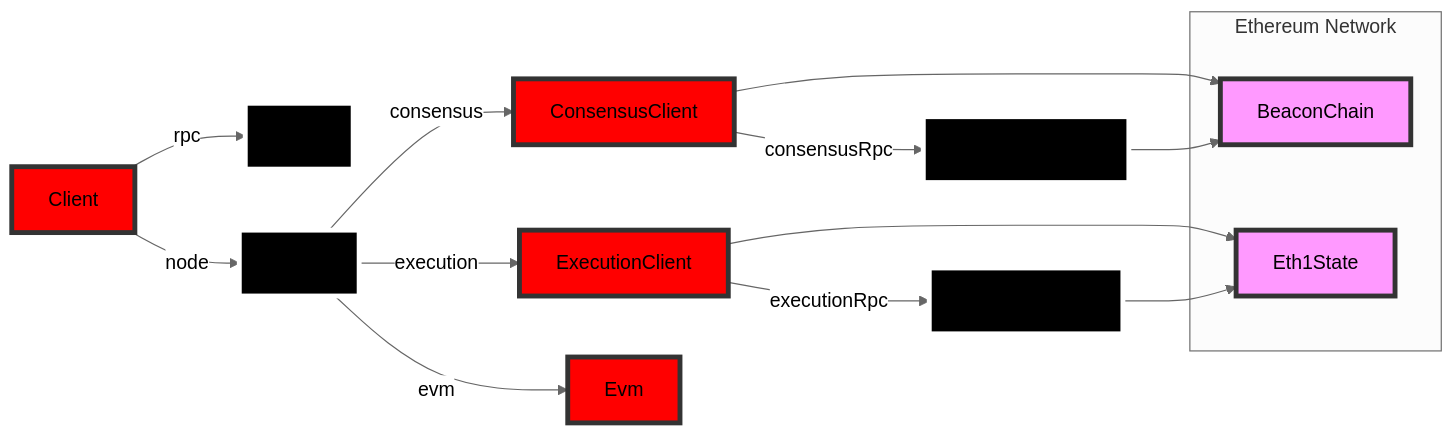
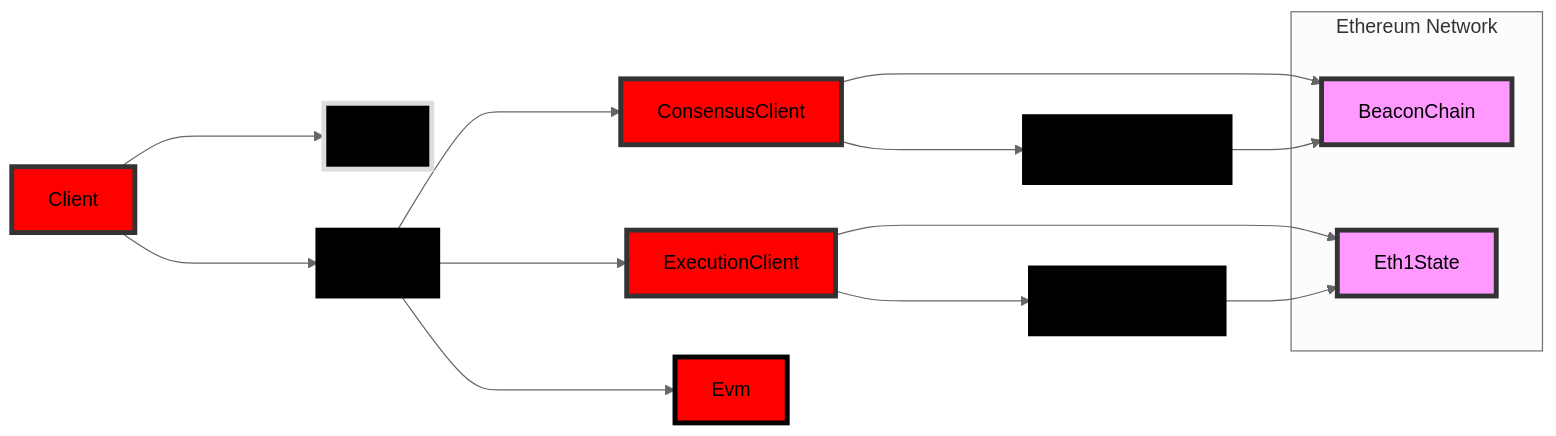
The diagram in README.md (a16z/helios), drawn with Mermaid (neutral theme) before and after one commit.

Commit message:
removing complexity

````diff
--- a/README.md
+++ b/README.md
@@ -150,39 +150,39 @@
 ```mermaid
 graph LR
 
-Client --rpc--> Rpc
-Client --node--> Node
-Node --consensus--> ConsensusClient
-Node --execution--> ExecutionClient
-ExecutionClient --executionRpc--> ExecutionRpc
-ConsensusClient --consensusRpc--> ConsensusRpc
-Node --evm--> Evm
+Client ----> Rpc
+Client ----> Node
+Node ----> ConsensusClient
+Node ----> ExecutionClient
+ExecutionClient ----> ExecutionRpc
+ConsensusClient ----> ConsensusRpc
+Node ----> Evm
 
 classDef node fill:#f9f,stroke:#333,stroke-width:4px;
 class Node,Client node
 classDef execution fill:#f0f,stroke:#333,stroke-width:4px;
 class ExecutionClient,ExecutionRpc execution
 classDef consensus fill:#ff0,stroke:#333,stroke-width:4px;
 class ConsensusClient,ConsensusRpc consensus
 classDef evm fill:#0ff,stroke:#333,stroke-width:4px;
 class Evm evm
 
 subgraph "Ethereum Network"
 BeaconChain
 Eth1State
 end
 
 ConsensusClient --> BeaconChain
 ExecutionClient --> Eth1State
 ExecutionRpc --> Eth1State
 ConsensusRpc --> BeaconChain
 
 style Client fill:#f00,stroke:#333,stroke-width:4px;
-style Node fill:#000,stroke:#fff,stroke-width:4px;
+style Node fill:#000,stroke:#000,stroke-width:4px;
 style ExecutionClient fill:#f00,stroke:#333,stroke-width:4px;
-style ExecutionRpc fill:#000,stroke:#fff,stroke-width:4px;
+style ExecutionRpc fill:#000,stroke:#000,stroke-width:4px;
 style ConsensusClient fill:#f00,stroke:#333,stroke-width:4px;
-style ConsensusRpc fill:#000,stroke:#fff,stroke-width:4px;
-style Evm fill:#f00,stroke:#333,stroke-width:4px;
-style Rpc fill:#000,stroke:#fff,stroke-width:4px;
+style ConsensusRpc fill:#000,stroke:#000,stroke-width:4px;
+style Evm fill:#f00,stroke:#000,stroke-width:4px;
+style Rpc fill:#000,stroke:#DDD,stroke-width:4px;
 ```
````
